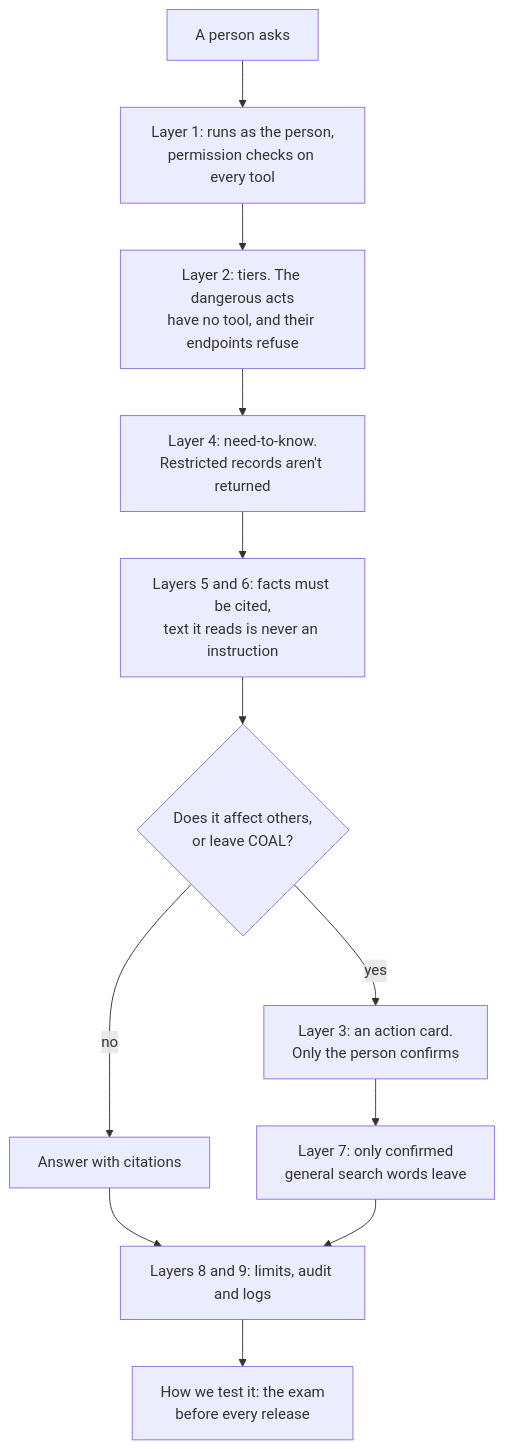
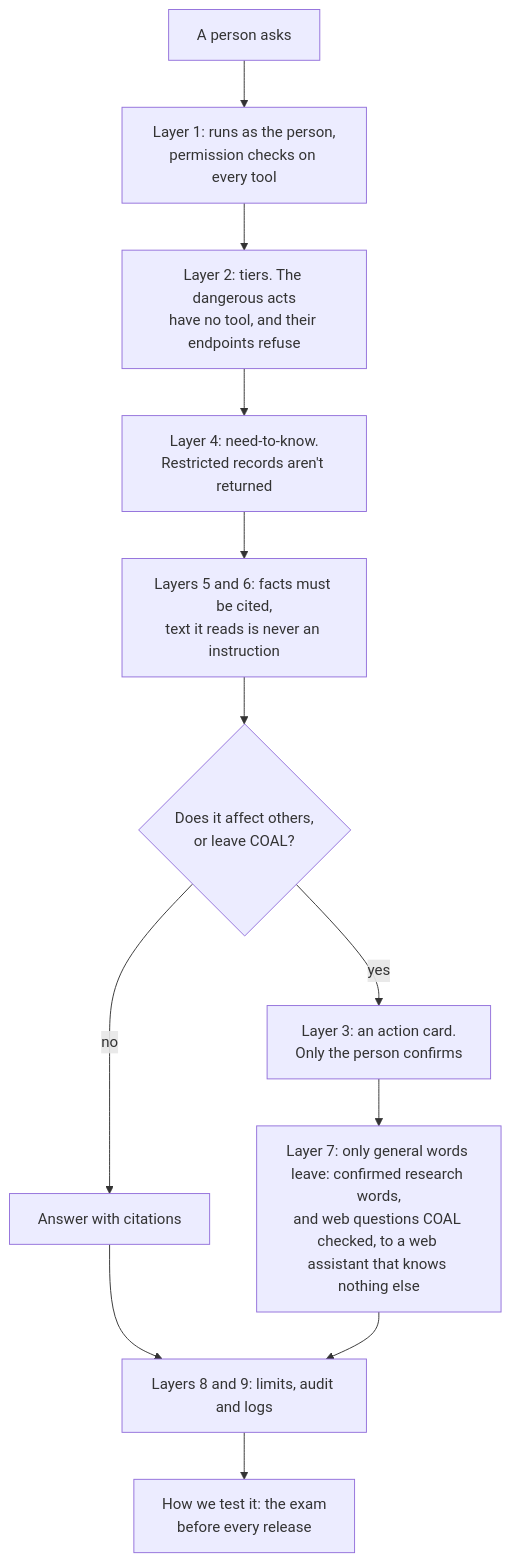
The diagram in docs/ai-safety.md (sharath101/coal), drawn with Mermaid before and after one commit. The commit also changed other lines of this file and 72 other files, not shown here.

First line of the commit message:
Let the assistant look things up on the web, through a separate web assistant

````diff
--- a/docs/ai-safety.md
+++ b/docs/ai-safety.md
@@ -55,14 +55,14 @@
 ```mermaid
 flowchart TD
   A["A person asks"] --> B["Layer 1: runs as the person,<br/>permission checks on every tool"]
   B --> C["Layer 2: tiers. The dangerous acts<br/>have no tool, and their endpoints refuse"]
   C --> D["Layer 4: need-to-know.<br/>Restricted records aren't returned"]
   D --> E["Layers 5 and 6: facts must be cited,<br/>text it reads is never an instruction"]
   E --> F{"Does it affect others,<br/>or leave COAL?"}
   F -- no --> G["Answer with citations"]
   F -- yes --> H["Layer 3: an action card.<br/>Only the person confirms"]
-  H --> I["Layer 7: only confirmed<br/>general search words leave"]
+  H --> I["Layer 7: only general words leave: confirmed research words,<br/>and web questions COAL checked, to a web assistant that knows nothing else"]
   G --> J["Layers 8 and 9: limits, audit and logs"]
   I --> J
   J --> K["How we test it: the exam<br/>before every release"]
 ```
````
